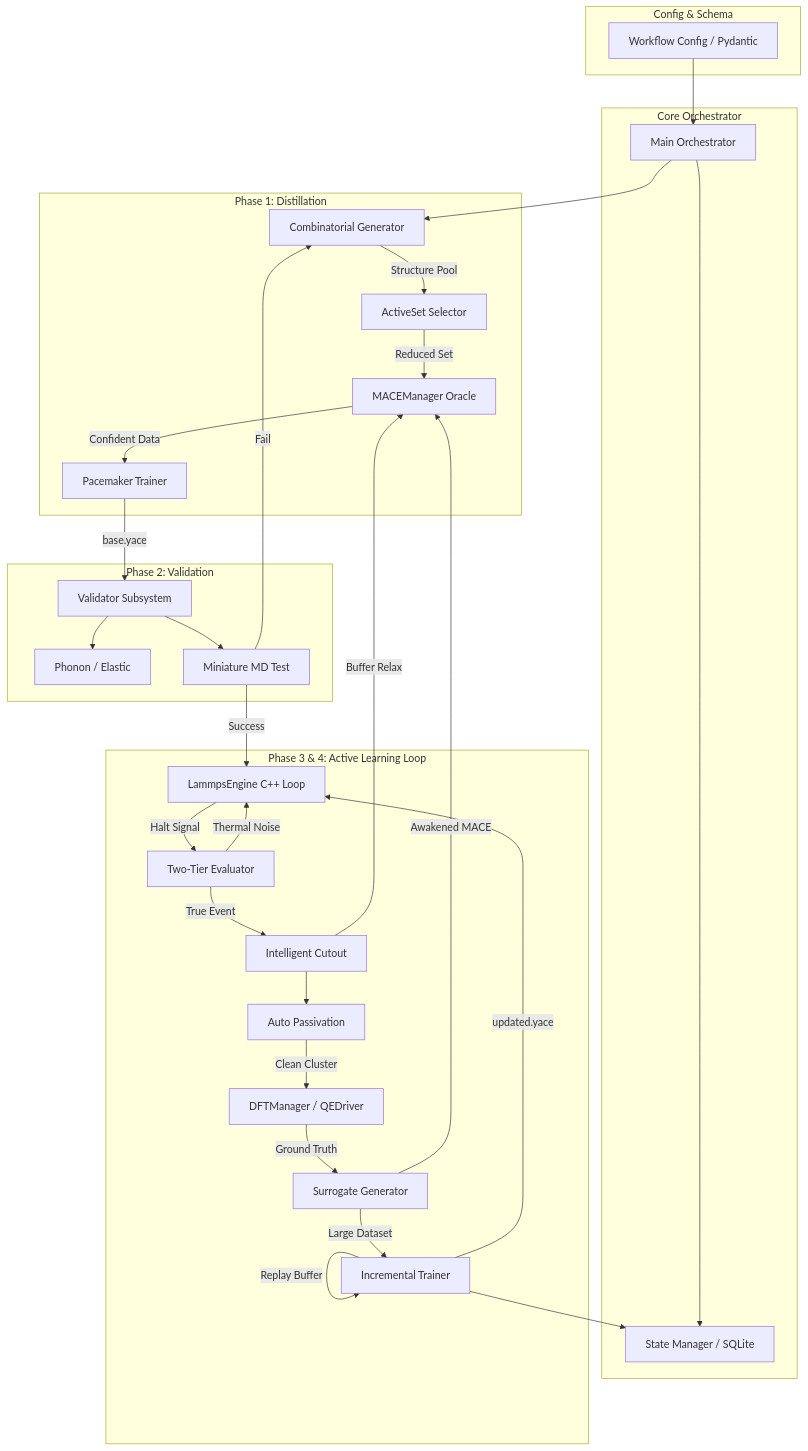
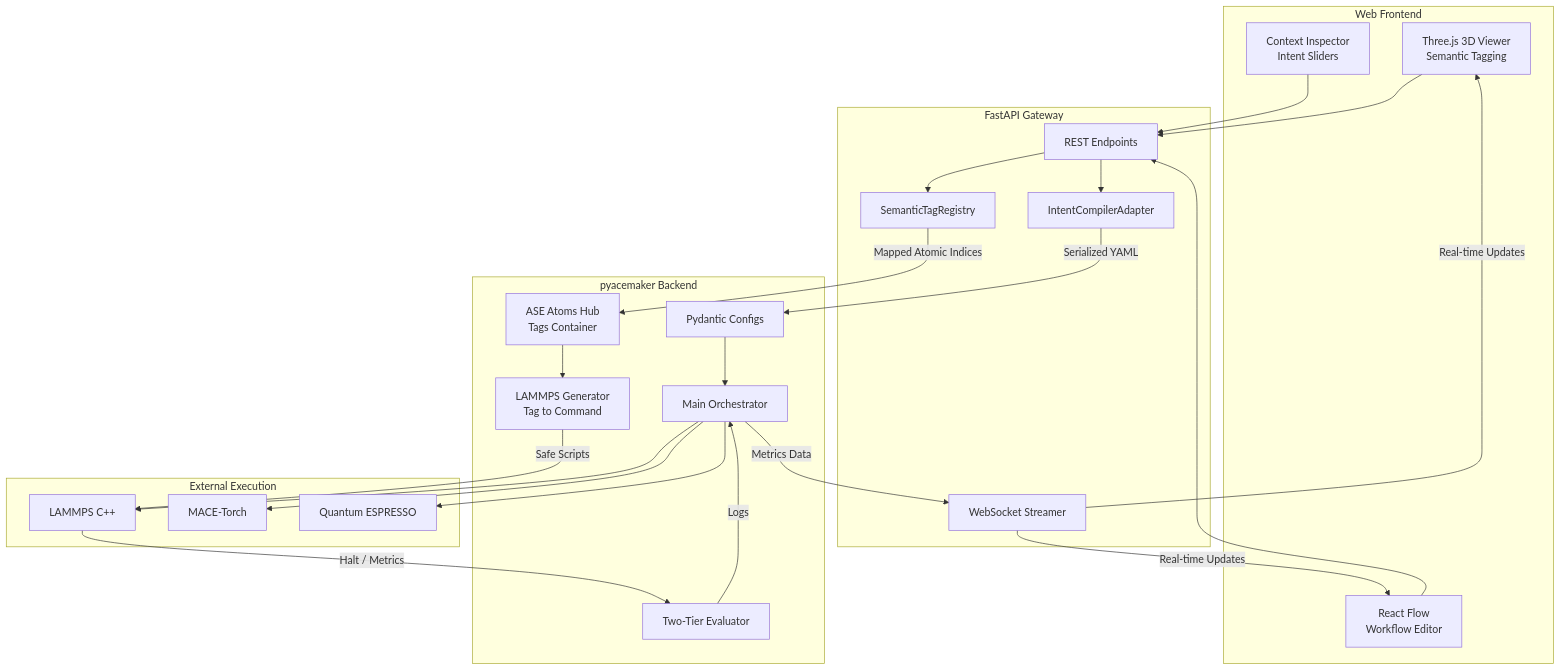
One commit to tsuyama1990/adaptive-mlip changed the diagram in README.md. Above: the diagram before and after it, drawn with Mermaid. The commit also changed other lines of this file and 2 other files, not shown here.

Commit message:
docs: Refine GUI Architecture plan with accurate endpoints and implementation specifics
- Fix "word salad" in `SYSTEM_ARCHITECTURE.md` while maintaining substantive length constraints via detailed API schemas, class names, and testing descriptions.
- Ensure 6-cycle implementation plan adheres to strict formatting (`Cycle 01`).
- Rebuild `README.md` and diagrams to accurately reflect the revised FastAPI-to-Pydantic Intent Compiler paradigm.

````diff
--- a/README.md
+++ b/README.md
@@ -23,66 +23,55 @@
 ```mermaid
 graph TD
-    %% Subsystems
-    subgraph Config & Schema
-        CFG[Workflow Config / Pydantic]
+    subgraph Client [Web Frontend]
+        UI_3D[Three.js 3D Viewer\nSemantic Tagging]
+        UI_DAG[React Flow\nWorkflow Editor]
+        UI_INSP[Context Inspector\nIntent Sliders]
     end
 
-    subgraph Core Orchestrator
-        ORCH[Main Orchestrator]
-        STATE[State Manager / SQLite]
+    subgraph APILayer [FastAPI Gateway]
+        API_REST[REST Endpoints]
+        API_WS[WebSocket Streamer]
+        COMPILER[IntentCompilerAdapter]
+        TAG_REGISTRY[SemanticTagRegistry]
     end
 
-    subgraph Phase 1: Distillation
-        P1_GEN[Combinatorial Generator]
-        P1_DIR[ActiveSet Selector]
-        P1_ORACLE[MACEManager Oracle]
-        P1_TRAIN[Pacemaker Trainer]
+    subgraph CoreEngine [pyacemaker Backend]
+        CFG[Pydantic Configs]
+        ASE[ASE Atoms Hub\nTags Container]
+        LAMMPS_GEN[LAMMPS Generator\nTag to Command]
+        ORCH[Main Orchestrator]
+        EVAL[Two-Tier Evaluator]
     end
 
-    subgraph Phase 2: Validation
-        P2_VAL[Validator Subsystem]
-        P2_PHONON[Phonon / Elastic]
-        P2_MINIMD[Miniature MD Test]
+    subgraph Drivers [External Execution]
+        LAMMPS[LAMMPS C++]
+        MACE[MACE-Torch]
+        QE[Quantum ESPRESSO]
     end
 
-    subgraph Phase 3 & 4: Active Learning Loop
-        LAMMPS[LammpsEngine C++ Loop]
-        EVAL[Two-Tier Evaluator]
-        CUTOUT[Intelligent Cutout]
-        PASSIVATE[Auto Passivation]
-        DFT[DFTManager / QEDriver]
-        SURR[Surrogate Generator]
-        DELTA[Incremental Trainer]
-    end
+    %% Flow UI to API
+    UI_DAG --> API_REST
+    UI_INSP --> API_REST
+    UI_3D --> API_REST
 
-    %% Flow Phase 1
+    %% API to Core
+    API_REST --> COMPILER
+    API_REST --> TAG_REGISTRY
+    COMPILER -- Serialized YAML --> CFG
+    TAG_REGISTRY -- Mapped Atomic Indices --> ASE
+
+    %% Core to Drivers
     CFG --> ORCH
-    ORCH --> P1_GEN
-    P1_GEN -- Structure Pool --> P1_DIR
-    P1_DIR -- Reduced Set --> P1_ORACLE
-    P1_ORACLE -- Confident Data --> P1_TRAIN
-    P1_TRAIN -- base.yace --> P2_VAL
+    ASE --> LAMMPS_GEN
+    LAMMPS_GEN -- Safe Scripts --> LAMMPS
+    ORCH --> LAMMPS
+    ORCH --> MACE
+    ORCH --> QE
 
-    %% Flow Phase 2
-    P2_VAL --> P2_PHONON
-    P2_VAL --> P2_MINIMD
-    P2_MINIMD -- Success --> LAMMPS
-    P2_MINIMD -- Fail --> P1_GEN
-
-    %% Flow Phase 3 & 4
-    LAMMPS -- Halt Signal --> EVAL
-    EVAL -- Thermal Noise --> LAMMPS
-    EVAL -- True Event --> CUTOUT
-    CUTOUT -- Buffer Relax --> P1_ORACLE
-    CUTOUT --> PASSIVATE
-    PASSIVATE -- Clean Cluster --> DFT
-    DFT -- Ground Truth --> SURR
-    SURR -- Awakened MACE --> P1_ORACLE
-    SURR -- Large Dataset --> DELTA
-    DELTA -- Replay Buffer --> DELTA
-    DELTA -- updated.yace --> LAMMPS
-
-    %% Storage
-    ORCH --> STATE
-    DELTA --> STATE
+    %% Telemetry Flow
+    LAMMPS -- Halt / Metrics --> EVAL
+    EVAL -- Logs --> ORCH
+    ORCH -- Metrics Data --> API_WS
+    API_WS -- Real-time Updates --> UI_3D
+    API_WS -- Real-time Updates --> UI_DAG
 ```
````
